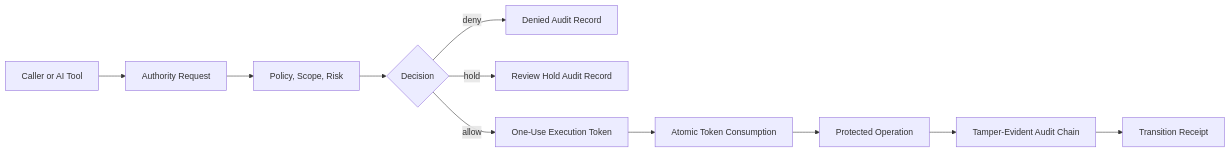
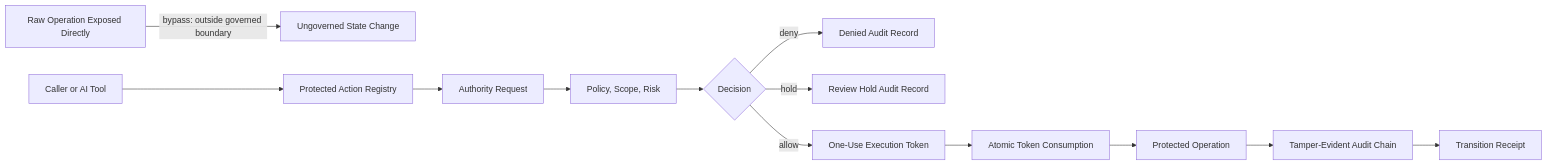
One commit to DraganaMitova/KNOT-Guard changed the diagram in docs/ARCHITECTURE.md. Above: the diagram before and after it, drawn with Mermaid. The commit also changed 6 other files, not shown here.

Commit message:
docs: clarify governed boundary integration

````diff
--- a/docs/ARCHITECTURE.md
+++ b/docs/ARCHITECTURE.md
@@ -5,13 +5,15 @@
 ```mermaid
 flowchart LR
-  Caller["Caller or AI Tool"] --> Request["Authority Request"]
+  Raw["Raw Operation Exposed Directly"] -->|"bypass: outside governed boundary"| Unsafe["Ungoverned State Change"]
+  Caller["Caller or AI Tool"] --> Registry["Protected Action Registry"]
+  Registry --> Request["Authority Request"]
   Request --> Policy["Policy, Scope, Risk"]
   Policy --> Decision{"Decision"}
   Decision -->|"deny"| Denied["Denied Audit Record"]
   Decision -->|"hold"| Held["Review Hold Audit Record"]
   Decision -->|"allow"| Token["One-Use Execution Token"]
   Token --> Consume["Atomic Token Consumption"]
   Consume --> Execute["Protected Operation"]
   Execute --> Audit["Tamper-Evident Audit Chain"]
   Audit --> Receipt["Transition Receipt"]
 ```
````
